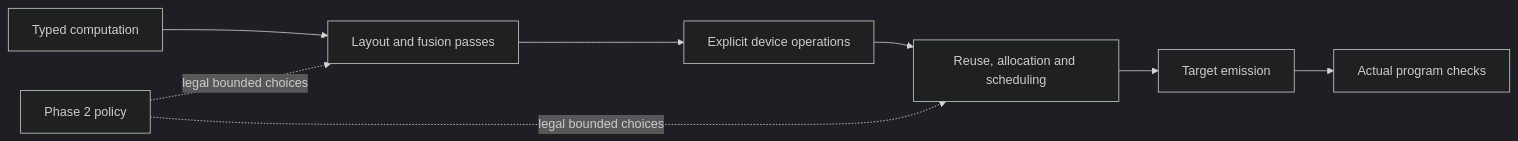
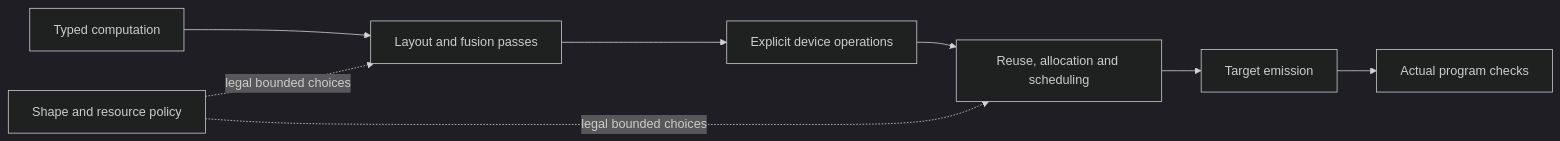
One commit to ucb-bar/merlin changed the diagram in docs/guides/shared_pass_compiler_generation.md. Above: the diagram before and after it, drawn with Mermaid (dark theme). The commit also changed other lines of this file and 133 other files, not shown here.

````diff
--- a/docs/guides/shared_pass_compiler_generation.md
+++ b/docs/guides/shared_pass_compiler_generation.md
@@ -36,10 +37,10 @@
 ```mermaid
 flowchart LR
   A[Typed computation] --> B[Layout and fusion passes]
   B --> C[Explicit device operations]
   C --> D[Reuse, allocation and scheduling]
   D --> E[Target emission]
   E --> F[Actual program checks]
-  P[Phase 2 policy] -. legal bounded choices .-> B
+  P[Shape and resource policy] -. legal bounded choices .-> B
   P -. legal bounded choices .-> D
 ```
````
